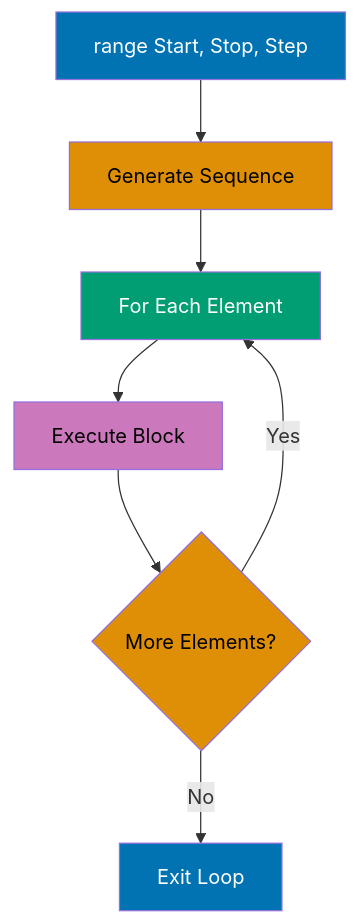
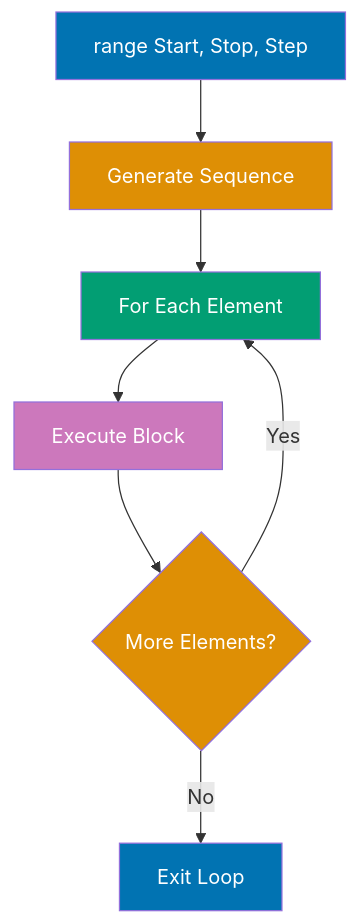
One commit to wahidyankf/open-sharia-enterprise changed the fourth of 11 diagrams in apps/ayokoding-web/content/en/learn/software-engineering/programming-languages/python/by-example/beginner.md. Above: the diagram before and after it, drawn with Mermaid. The commit also changed other lines of this file and 61 other files, not shown here.

First line of the commit message:
fix(ayokoding-web): quote Mermaid node labels with special characters in Example 63

````diff
--- a/apps/ayokoding-web/content/en/learn/software-engineering/programming-languages/python/by-example/beginner.md
+++ b/apps/ayokoding-web/content/en/learn/software-engineering/programming-languages/python/by-example/beginner.md
@@ -650,17 +650,17 @@
 ```mermaid
 %% For loop with range
 graph TD
     A[range Start, Stop, Step] --> B[Generate Sequence]
     B --> C[For Each Element]
     C --> D[Execute Block]
     D --> E{More Elements?}
     E -->|Yes| C
     E -->|No| F[Exit Loop]
 
     style A fill:#0173B2,color:#fff
-    style B fill:#DE8F05,color:#000
+    style B fill:#DE8F05,color:#fff
     style C fill:#029E73,color:#fff
-    style D fill:#CC78BC,color:#000
-    style E fill:#DE8F05,color:#000
+    style D fill:#CC78BC,color:#fff
+    style E fill:#DE8F05,color:#fff
     style F fill:#0173B2,color:#fff
 ```
````
